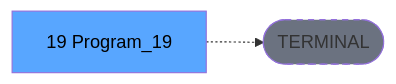
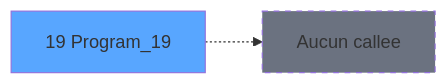
One commit to thonyAGP/lecteur-magic changed the third of 3 diagrams in .openspec/specs/ADH-IDE-19.md. Above: the diagram before and after it, drawn with Mermaid. The commit also changed other lines of this file and 96 other files, not shown here.

````diff
--- a/.openspec/specs/ADH-IDE-19.md
+++ b/.openspec/specs/ADH-IDE-19.md
@@ -134,8 +121,8 @@
 ```mermaid
 graph LR
-    T[19 Program_19]
-    TERM([TERMINAL])
-    T -.-> TERM
-    style TERM fill:#6b7280,stroke-dasharray: 5 5
-    style T fill:#58a6ff,color:#000
+    T19[19 Program_19]
+    style T19 fill:#58a6ff
+    NONE[Aucun callee]
+    T19 -.-> NONE
+    style NONE fill:#6b7280,stroke-dasharray: 5 5
 ```
````
